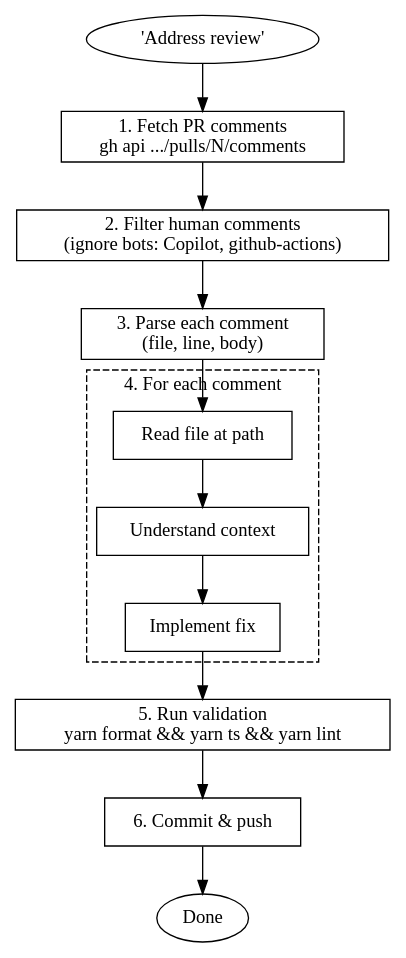
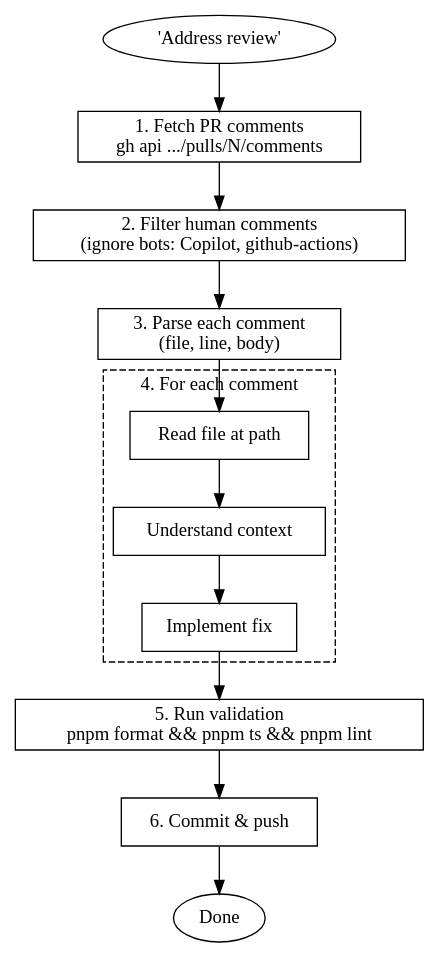
Before and after one commit to budgie-at/budgie: the third of 3 diagrams in .agents/skills/review-pr/skill.md, drawn with Graphviz. The commit also changed other lines of this file and 11 other files, not shown here.

````diff
--- a/.agents/skills/review-pr/skill.md
+++ b/.agents/skills/review-pr/skill.md
@@ -737,27 +737,27 @@
 ```dot
 digraph address_review {
     rankdir=TB;
     node [shape=box];
 
     start [label="'Address review'" shape=ellipse];
     fetch [label="1. Fetch PR comments\ngh api .../pulls/N/comments"];
     filter [label="2. Filter human comments\n(ignore bots: Copilot, github-actions)"];
     parse [label="3. Parse each comment\n(file, line, body)"];
 
     subgraph cluster_fix {
         label="4. For each comment";
         style=dashed;
         read [label="Read file at path"];
         understand [label="Understand context"];
         implement [label="Implement fix"];
     }
 
-    validate [label="5. Run validation\nyarn format && yarn ts && yarn lint"];
+    validate [label="5. Run validation\npnpm format && pnpm ts && pnpm lint"];
     commit [label="6. Commit & push"];
     done [label="Done" shape=ellipse];
 
     start -> fetch -> filter -> parse;
     parse -> read -> understand -> implement;
     implement -> validate -> commit -> done;
 }
 ```
````
